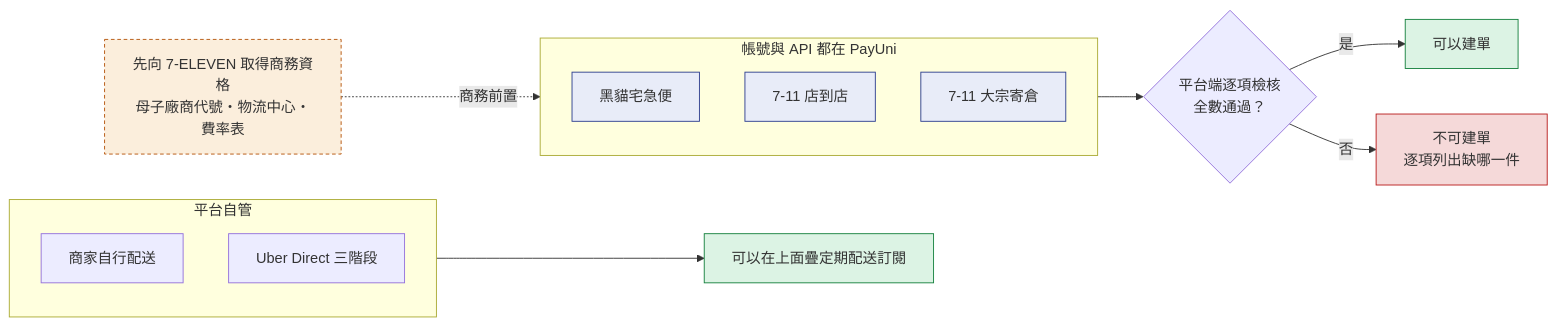
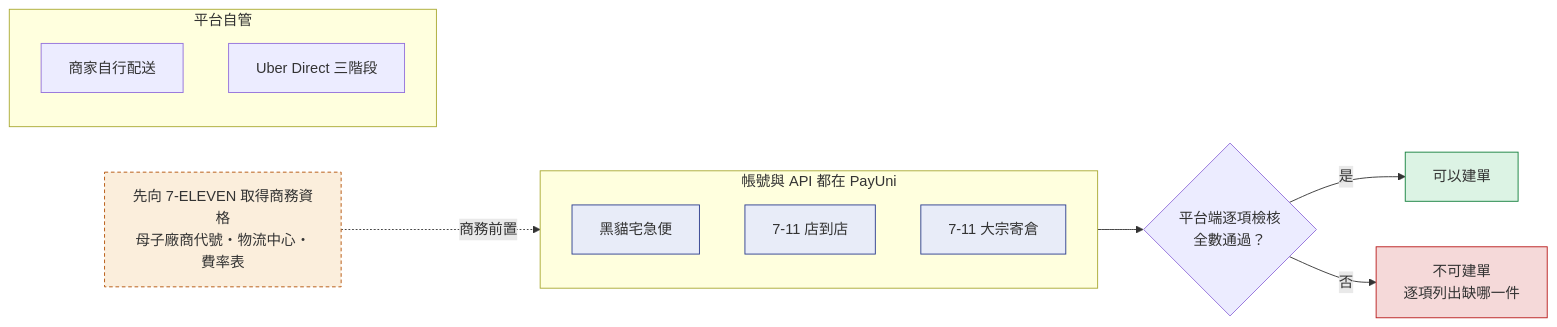
Before and after one commit to Will413028/hawkr: the sixth of 9 diagrams in backend/docs/基本設計書/65-物流履約平台（Fulfillment Platform）基本設計書.md, drawn with Mermaid. The commit also changed other lines of this file and 29 other files, not shown here.

````diff
--- a/backend/docs/基本設計書/65-物流履約平台（Fulfillment Platform）基本設計書.md
+++ b/backend/docs/基本設計書/65-物流履約平台（Fulfillment Platform）基本設計書.md
@@ -342,28 +340,27 @@
 ```mermaid
 flowchart LR
     subgraph P["帳號與 API 都在 PayUni"]
         direction TB
         T["黑貓宅急便"]
         S1["7-11 店到店"]
         S2["7-11 大宗寄倉"]
     end
     subgraph SELF["平台自管"]
         direction TB
         M["商家自行配送"]
         U["Uber Direct 三階段"]
     end
     BIZ["先向 7-ELEVEN 取得商務資格<br/>母子廠商代號・物流中心・費率表"] -.->|商務前置| S2
     S2 --> GATE{"平台端逐項檢核<br/>全數通過？"}
     GATE -->|是| OK["可以建單"]
     GATE -->|否| NO["不可建單<br/>逐項列出缺哪一件"]
-    M --> SUB["可以在上面疊定期配送訂閱"]
 
     classDef payuni fill:#E8ECF8,stroke:#2C3E8F
     classDef biz fill:#FBEEDC,stroke:#B45309,stroke-dasharray:4 3
     classDef no fill:#F5D9D9,stroke:#B91C1C
     classDef ok fill:#DCF3E4,stroke:#15803D
     class T,S1,S2 payuni
     class BIZ biz
     class NO no
-    class OK,SUB ok
+    class OK ok
 ```
````
